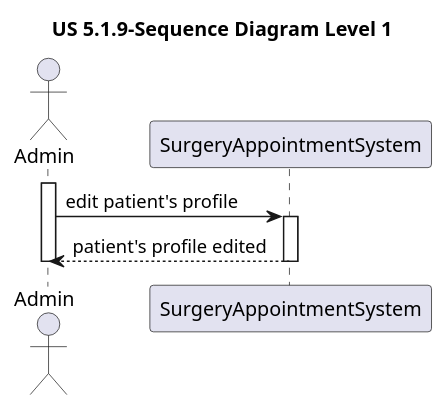
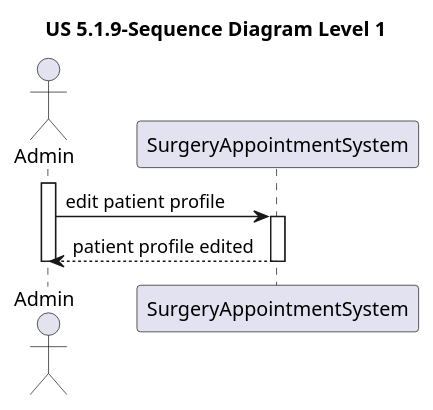
The diagram in docs/Sprint 1/US 5.1.9/Sequence Diagrams/Level1/SD_Level1.puml (MateusCabral2004/sem5pi), drawn with PlantUML before and after one commit. The commit also changed 7 other files, not shown here.

Commit message:
#23 sequence diagram level 1

```diff
--- a/docs/Sprint 1/US 5.1.9/Sequence Diagrams/Level1/SD_Level1.puml
+++ b/docs/Sprint 1/US 5.1.9/Sequence Diagrams/Level1/SD_Level1.puml
@@ -1,15 +1,15 @@
 @startuml
 title US 5.1.9-Sequence Diagram Level 1
 
 actor Admin
 participant SurgeryAppointmentSystem
 
 activate Admin
-Admin-> SurgeryAppointmentSystem: edit patient's profile
+Admin-> SurgeryAppointmentSystem: edit patient profile
 activate SurgeryAppointmentSystem
 
-SurgeryAppointmentSystem --> Admin: patient's profile edited
+SurgeryAppointmentSystem --> Admin: patient profile edited
 deactivate SurgeryAppointmentSystem
 
 deactivate Admin
 @enduml
```
